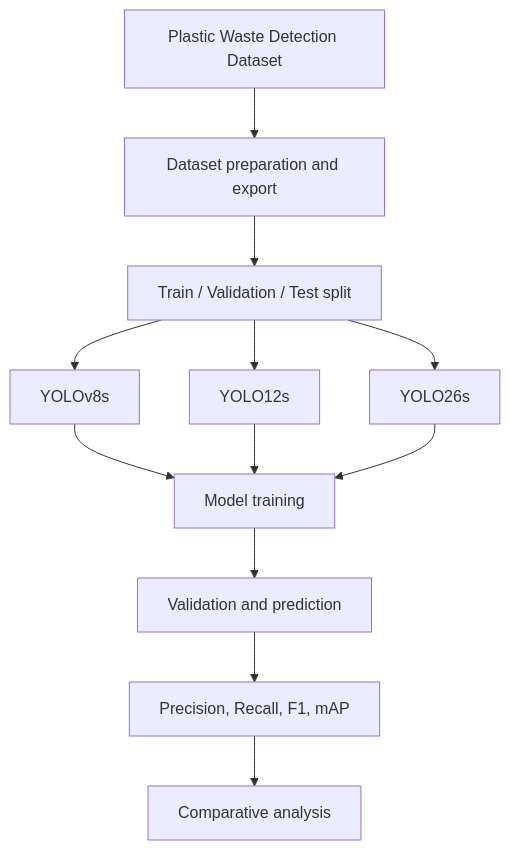
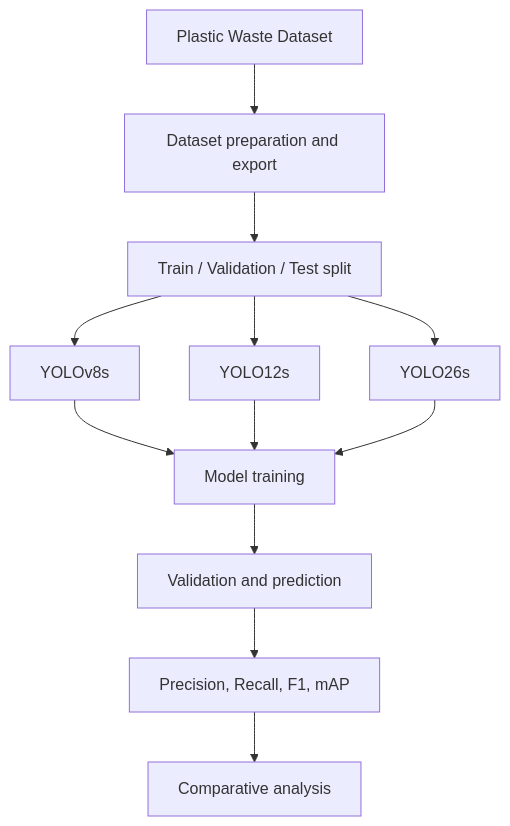
Before and after one commit to tarekrahamn/Plastic-Waste-Detection-and-Classification: the diagram in README.md, drawn with Mermaid. The commit also changed other lines of this file, not shown here.

````diff
--- a/README.md
+++ b/README.md
@@ -96,14 +106,14 @@
 ```mermaid
 flowchart TD
-    A[Plastic Waste Detection Dataset] --> B[Dataset preparation and export]
+    A[Plastic Waste Dataset] --> B[Dataset preparation and export]
     B --> C[Train / Validation / Test split]
     C --> D1[YOLOv8s]
     C --> D2[YOLO12s]
     C --> D3[YOLO26s]
     D1 --> E[Model training]
     D2 --> E
     D3 --> E
     E --> F[Validation and prediction]
     F --> G[Precision, Recall, F1, mAP]
     G --> H[Comparative analysis]
 ```
````
